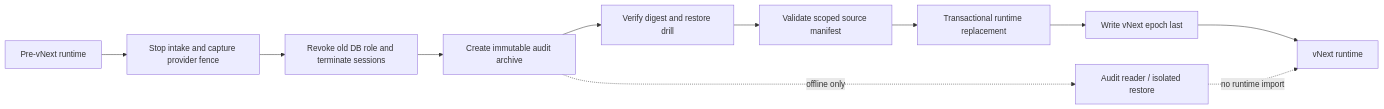
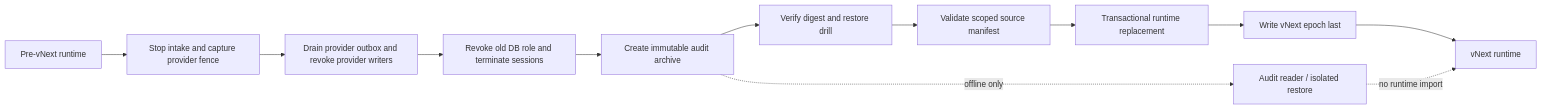
One commit to majiayu000/harness changed the diagram in docs/workflow-vnext-cutover-rfc.md. Above: the diagram before and after it, drawn with Mermaid. The commit also changed other lines of this file and 5 other files, not shown here.

Commit message:
docs(workflow): close architecture review contracts

````diff
--- a/docs/workflow-vnext-cutover-rfc.md
+++ b/docs/workflow-vnext-cutover-rfc.md
@@ -51,13 +55,14 @@
 ```mermaid
 flowchart LR
     Old[Pre-vNext runtime] --> Stop[Stop intake and capture provider fence]
-    Stop --> Fence[Revoke old DB role and terminate sessions]
-    Fence --> Export[Create immutable audit archive]
+    Stop --> ProviderFence[Drain provider outbox and revoke provider writers]
+    ProviderFence --> DbFence[Revoke old DB role and terminate sessions]
+    DbFence --> Export[Create immutable audit archive]
     Export --> Verify[Verify digest and restore drill]
     Verify --> Manifest[Validate scoped source manifest]
     Manifest --> Replace[Transactional runtime replacement]
     Replace --> Epoch[Write vNext epoch last]
     Epoch --> New[vNext runtime]
     Export -. offline only .-> Audit[Audit reader / isolated restore]
     Audit -. no runtime import .-> New
 ```
````
